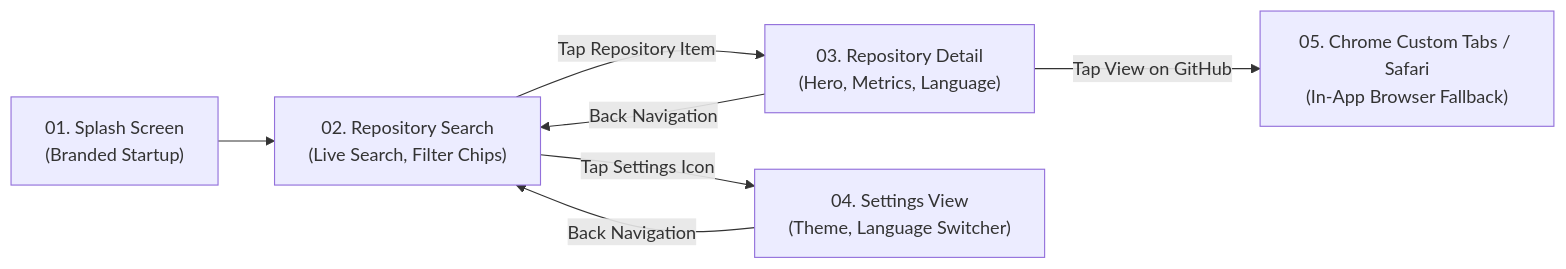
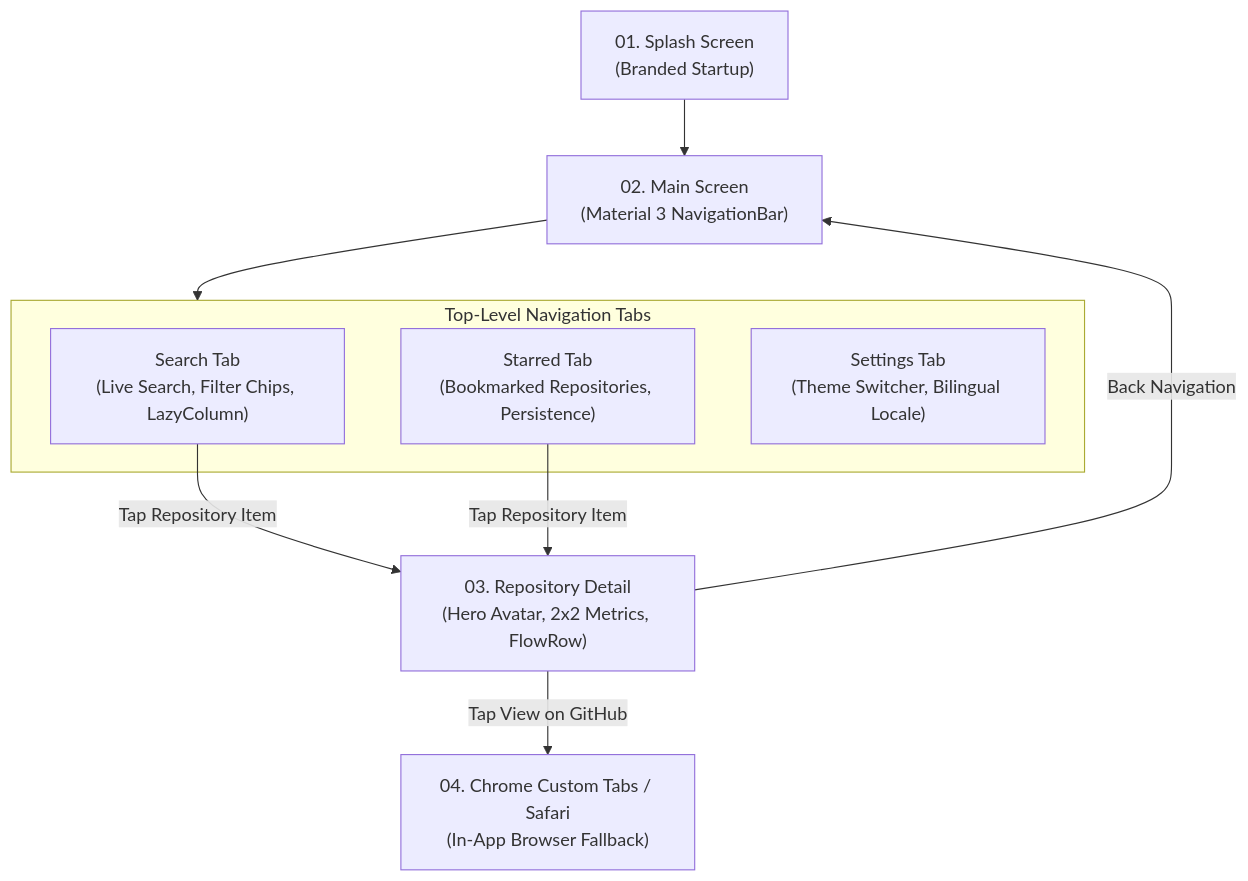
Before and after one commit to dinkar1708/dinakar-android-engineer-codecheck: the diagram in docs/02_project_architecture/design/ui_ux_design_specification.md, drawn with Mermaid. The commit also changed other lines of this file and 3 other files, not shown here.

````diff
--- a/docs/02_project_architecture/design/ui_ux_design_specification.md
+++ b/docs/02_project_architecture/design/ui_ux_design_specification.md
@@ -43,9 +55,14 @@
 ```mermaid
-flowchart LR
-    Splash["01. Splash Screen<br/>(Branded Startup)"] --> Search["02. Repository Search<br/>(Live Search, Filter Chips)"]
-    Search -->|Tap Repository Item| Detail["03. Repository Detail<br/>(Hero, Metrics, Language)"]
-    Search -->|Tap Settings Icon| Settings["04. Settings View<br/>(Theme, Language Switcher)"]
-    Detail -->|Tap View on GitHub| Browser["05. Chrome Custom Tabs / Safari<br/>(In-App Browser Fallback)"]
-    Detail -->|Back Navigation| Search
-    Settings -->|Back Navigation| Search
+flowchart TD
+    Splash["01. Splash Screen<br/>(Branded Startup)"] --> Main["02. Main Screen<br/>(Material 3 NavigationBar)"]
+    subgraph Tabs["Top-Level Navigation Tabs"]
+        Search["Search Tab<br/>(Live Search, Filter Chips, LazyColumn)"]
+        Starred["Starred Tab<br/>(Bookmarked Repositories, Persistence)"]
+        Settings["Settings Tab<br/>(Theme Switcher, Bilingual Locale)"]
+    end
+    Main --> Tabs
+    Search -->|Tap Repository Item| Detail["03. Repository Detail<br/>(Hero Avatar, 2x2 Metrics, FlowRow)"]
+    Starred -->|Tap Repository Item| Detail
+    Detail -->|Tap View on GitHub| Browser["04. Chrome Custom Tabs / Safari<br/>(In-App Browser Fallback)"]
+    Detail -->|Back Navigation| Main
 ```
````
